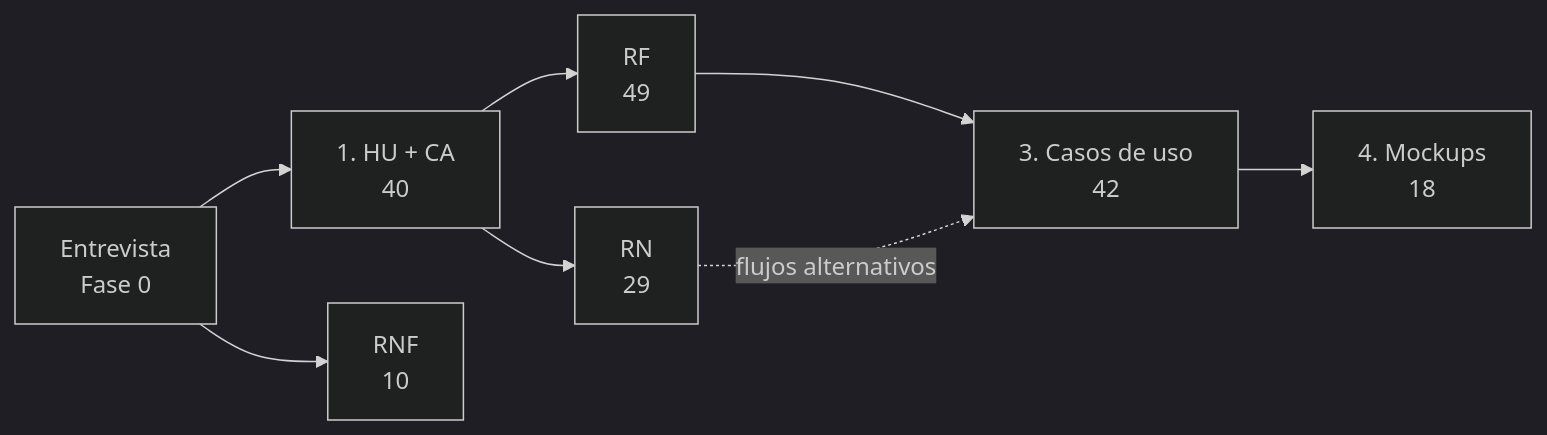
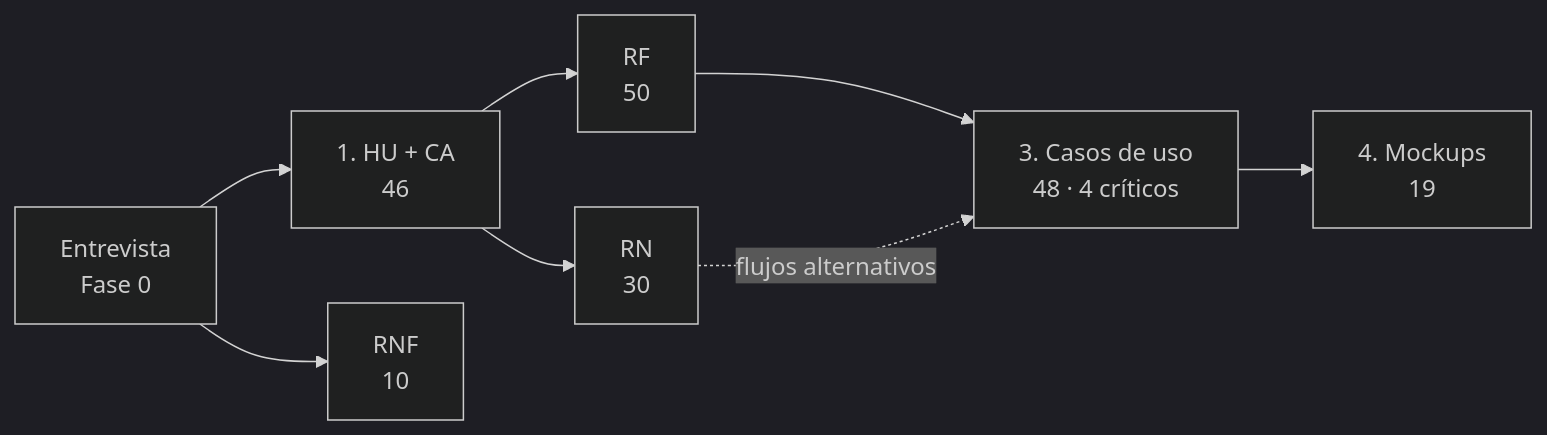
One commit to estebanvasquez0204-cyber/Mesa-TI-Solicitud-e-Incidente- changed the diagram in docs/fase_1/README.md. Above: the diagram before and after it, drawn with Mermaid (dark theme). The commit also changed other lines of this file and 78 other files, not shown here.

````diff
--- a/docs/fase_1/README.md
+++ b/docs/fase_1/README.md
@@ -17,10 +17,10 @@
 ```mermaid
 flowchart LR
-    E[Entrevista<br/>Fase 0] --> HU[1. HU + CA<br/>40]
-    HU --> RN[RN<br/>29]
-    HU --> RF[RF<br/>49]
-    RF --> CU[3. Casos de uso<br/>42]
+    E[Entrevista<br/>Fase 0] --> HU[1. HU + CA<br/>46]
+    HU --> RN[RN<br/>30]
+    HU --> RF[RF<br/>50]
+    RF --> CU[3. Casos de uso<br/>48 · 4 críticos]
     RN -. flujos alternativos .-> CU
-    CU --> MK[4. Mockups<br/>18]
+    CU --> MK[4. Mockups<br/>19]
     E --> RNF[RNF<br/>10]
 ```
````
